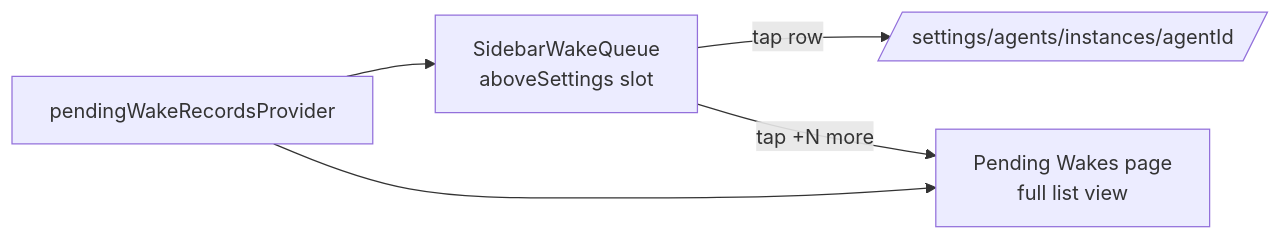
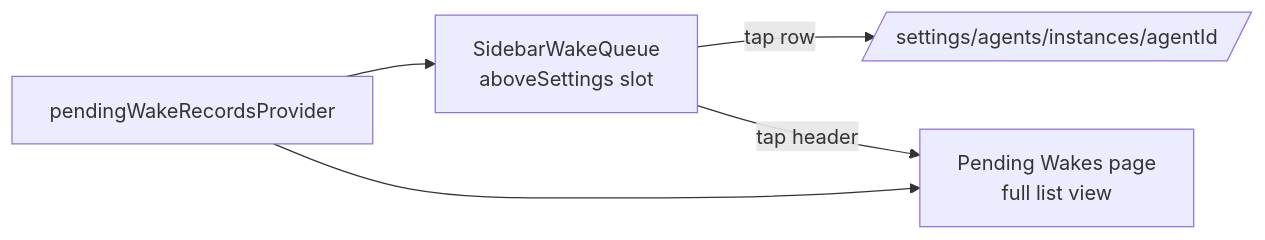
The fourth of 15 diagrams in lib/features/agents/README.md (matthiasn/lotti), drawn with Mermaid before and after one commit. The commit also changed other lines of this file and 20 other files, not shown here.

````diff
--- a/lib/features/agents/README.md
+++ b/lib/features/agents/README.md
@@ -157,8 +160,8 @@
 ```mermaid
 flowchart LR
   Provider[pendingWakeRecordsProvider]
   Provider --> WakeBlock[SidebarWakeQueue<br/>aboveSettings slot]
   Provider --> WakesPage[Pending Wakes page<br/>full list view]
   WakeBlock -->|tap row| InstanceRoute[/settings/agents/instances/agentId/]
-  WakeBlock -->|tap +N more| WakesPage
+  WakeBlock -->|tap header| WakesPage
 ```
````
